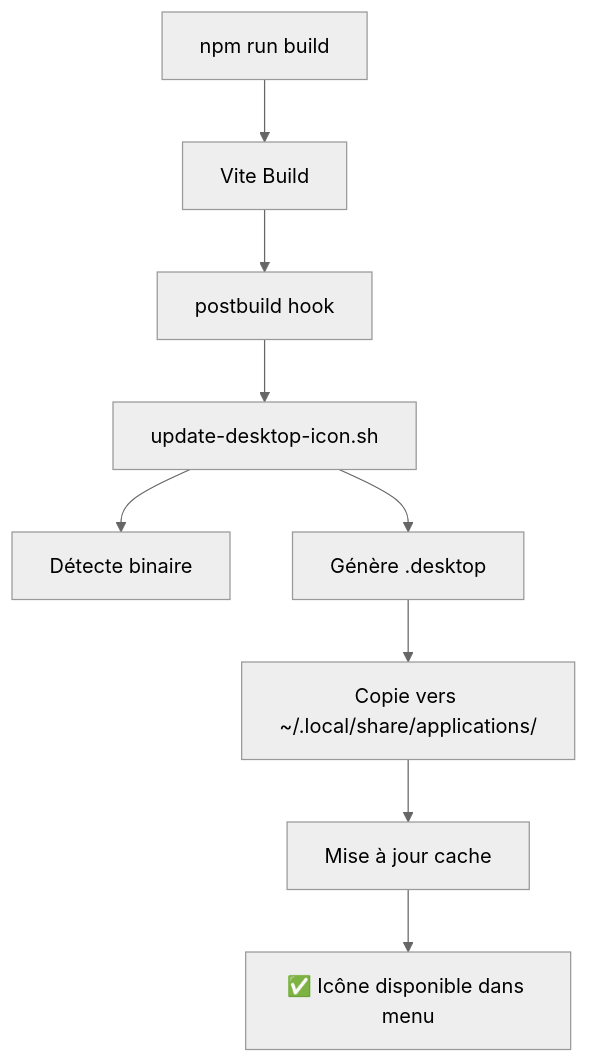
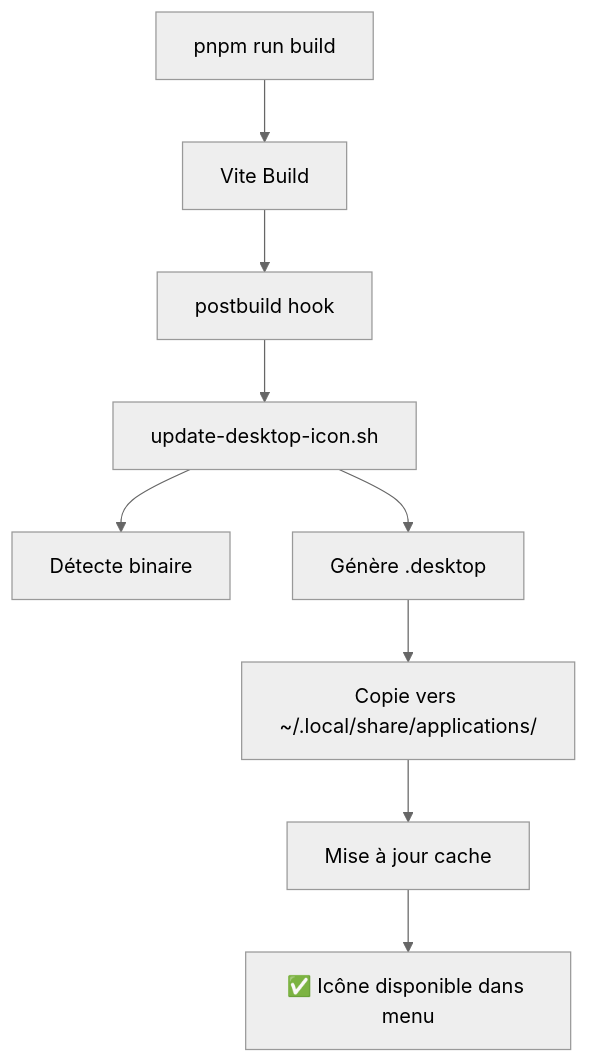
The diagram in docs/DESKTOP_ICON_AUTO_UPDATE.md (KallokTherok1994/TITANE_INFINITY), drawn with Mermaid (neutral theme) before and after one commit. The commit also changed other lines of this file and 1520 other files, not shown here.

Commit message:
Migration npm → pnpm complète: 1520 fichiers migrés (100%)

````diff
--- a/docs/DESKTOP_ICON_AUTO_UPDATE.md
+++ b/docs/DESKTOP_ICON_AUTO_UPDATE.md
@@ -168,11 +168,11 @@
 ```mermaid
 graph TD
-    A[npm run build] --> B[Vite Build]
+    A[pnpm run build] --> B[Vite Build]
     B --> C[postbuild hook]
     C --> D[update-desktop-icon.sh]
     D --> E[Détecte binaire]
     D --> F[Génère .desktop]
     F --> G[Copie vers ~/.local/share/applications/]
     G --> H[Mise à jour cache]
     H --> I[✅ Icône disponible dans menu]
 ```
````
